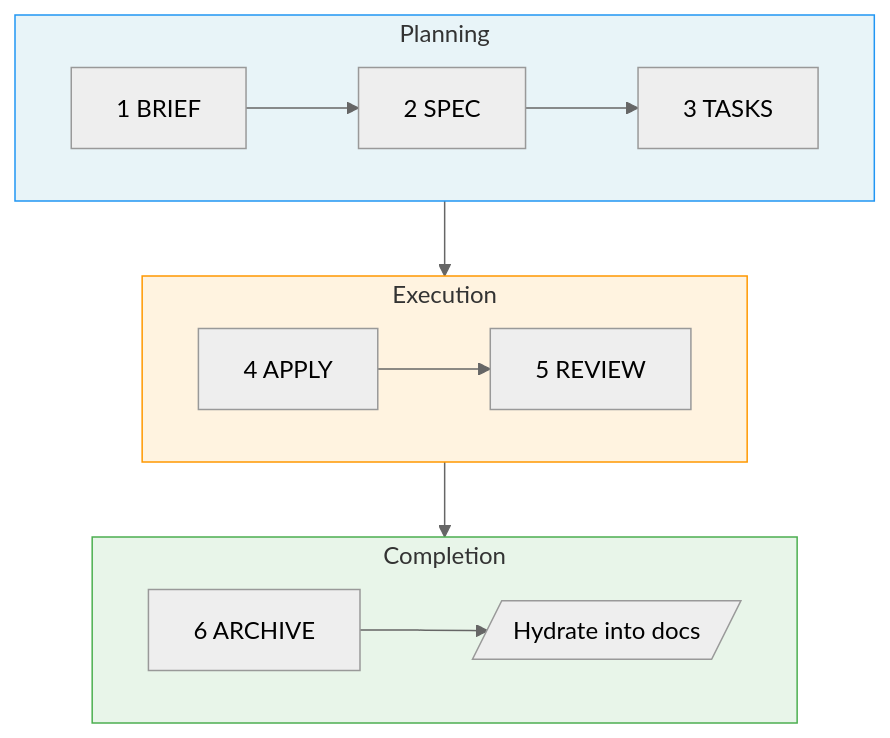
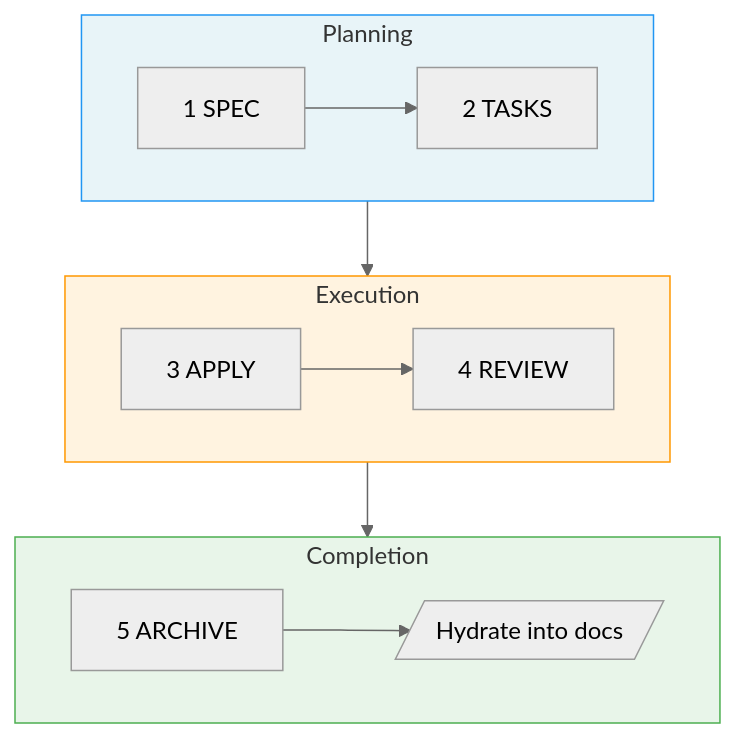
Before and after one commit to sahil87/fab-kit: the first of 2 diagrams in fab/design/overview.md, drawn with Mermaid (neutral theme). The commit also changed other lines of this file and 36 other files, not shown here.

````diff
--- a/fab/design/overview.md
+++ b/fab/design/overview.md
@@ -95,22 +97,22 @@
 ```mermaid
 flowchart TD
     subgraph planning ["Planning"]
         direction LR
-        B["1 BRIEF"] --> S["2 SPEC"] --> T["3 TASKS"]
+        S["1 SPEC"] --> T["2 TASKS"]
     end
     subgraph execution ["Execution"]
         direction LR
-        A["4 APPLY"] --> V["5 REVIEW"]
+        A["3 APPLY"] --> V["4 REVIEW"]
     end
     subgraph completion ["Completion"]
         direction LR
-        AR["6 ARCHIVE"] --> H[/"Hydrate into docs"/]
+        AR["5 ARCHIVE"] --> H[/"Hydrate into docs"/]
     end
 
     T --> A
     V --> AR
 
     style planning fill:#e8f4f8,stroke:#2196F3
     style execution fill:#fff3e0,stroke:#FF9800
     style completion fill:#e8f5e9,stroke:#4CAF50
 ```
````
